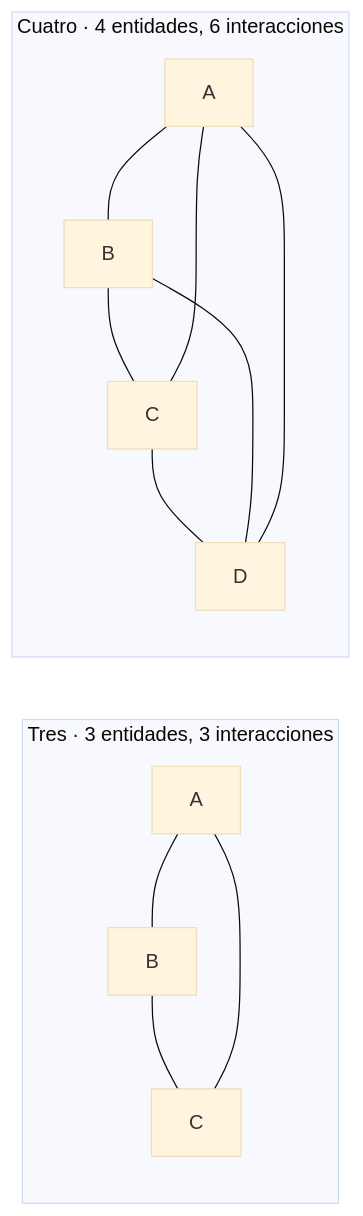
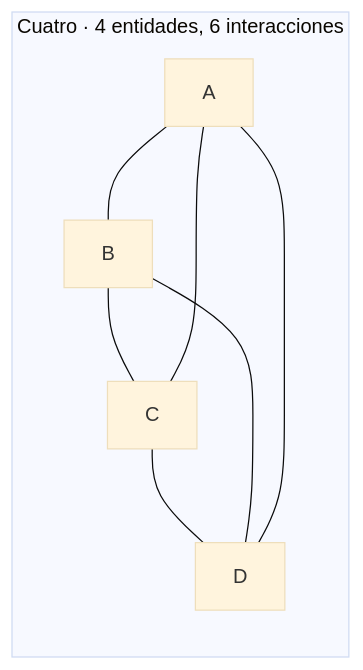
One commit to cangrejometralleta/OneTwoThree changed the third of 11 diagrams in docs/presentation.es.md. Above: the diagram before and after it, drawn with Mermaid (base theme). The commit also changed other lines of this file and 1 other file, not shown here.

````diff
--- a/docs/presentation.es.md
+++ b/docs/presentation.es.md
@@ -58,16 +67,11 @@
 ```mermaid
 flowchart LR
-    subgraph THREE["Tres · 3 entidades, 3 interacciones"]
-        A["A"] --- B["B"]
-        B --- C["C"]
-        C --- A
-    end
     subgraph FOUR["Cuatro · 4 entidades, 6 interacciones"]
         D["A"] --- E["B"]
         E --- F["C"]
         F --- G["D"]
         G --- D
         D --- F
         E --- G
     end
 ```
````
